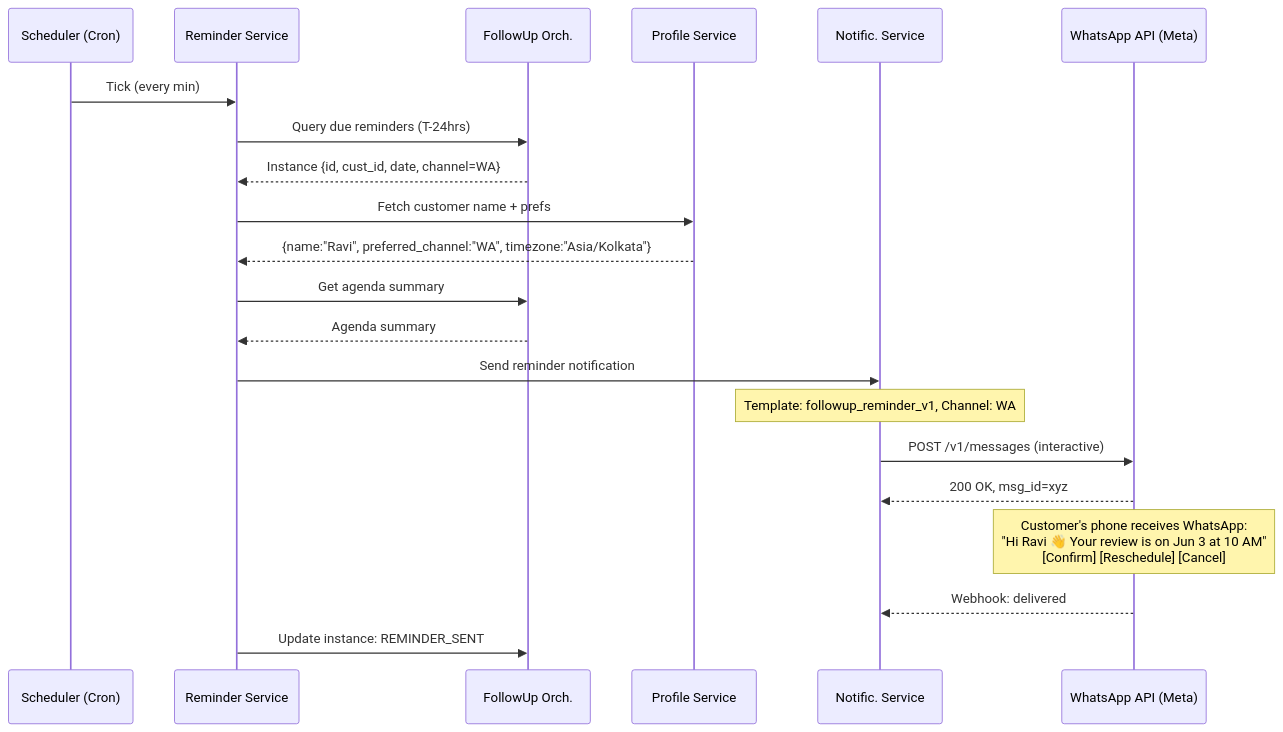
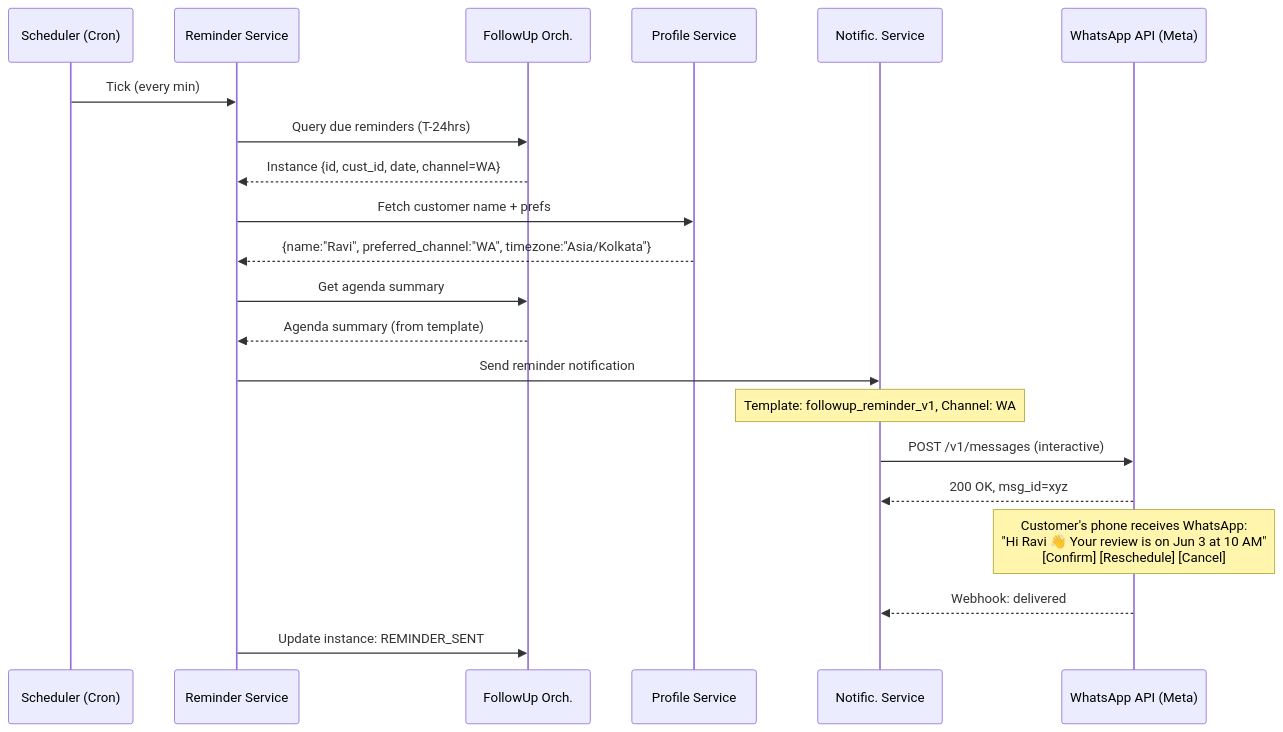
The tenth of 20 diagrams in docs/design/05-sequence-diagrams.md (Cognition-Partner-Workshops/uc-framework-upgrade-monolith-to-microservices), drawn with Mermaid before and after one commit. The commit also changed other lines of this file and 4 other files, not shown here.

````diff
--- a/docs/design/05-sequence-diagrams.md
+++ b/docs/design/05-sequence-diagrams.md
@@ -327,27 +323,27 @@
 ```mermaid
 sequenceDiagram
     participant SCH as Scheduler (Cron)
     participant REM as Reminder Service
     participant FU as FollowUp Orch.
     participant PS as Profile Service
     participant NS as Notific. Service
     participant WA as WhatsApp API (Meta)
 
     SCH->>REM: Tick (every min)
     REM->>FU: Query due reminders (T-24hrs)
     FU-->>REM: Instance {id, cust_id, date, channel=WA}
     REM->>PS: Fetch customer name + prefs
     PS-->>REM: {name:"Ravi", preferred_channel:"WA", timezone:"Asia/Kolkata"}
     REM->>FU: Get agenda summary
-    FU-->>REM: Agenda summary
+    FU-->>REM: Agenda summary (from template)
     REM->>NS: Send reminder notification
 
     Note over NS: Template: followup_reminder_v1, Channel: WA
     NS->>WA: POST /v1/messages (interactive)
     WA-->>NS: 200 OK, msg_id=xyz
 
     Note over WA: Customer's phone receives WhatsApp:<br/>"Hi Ravi 👋 Your review is on Jun 3 at 10 AM"<br/>[Confirm] [Reschedule] [Cancel]
 
     WA-->>NS: Webhook: delivered
     REM->>FU: Update instance: REMINDER_SENT
 ```
````
